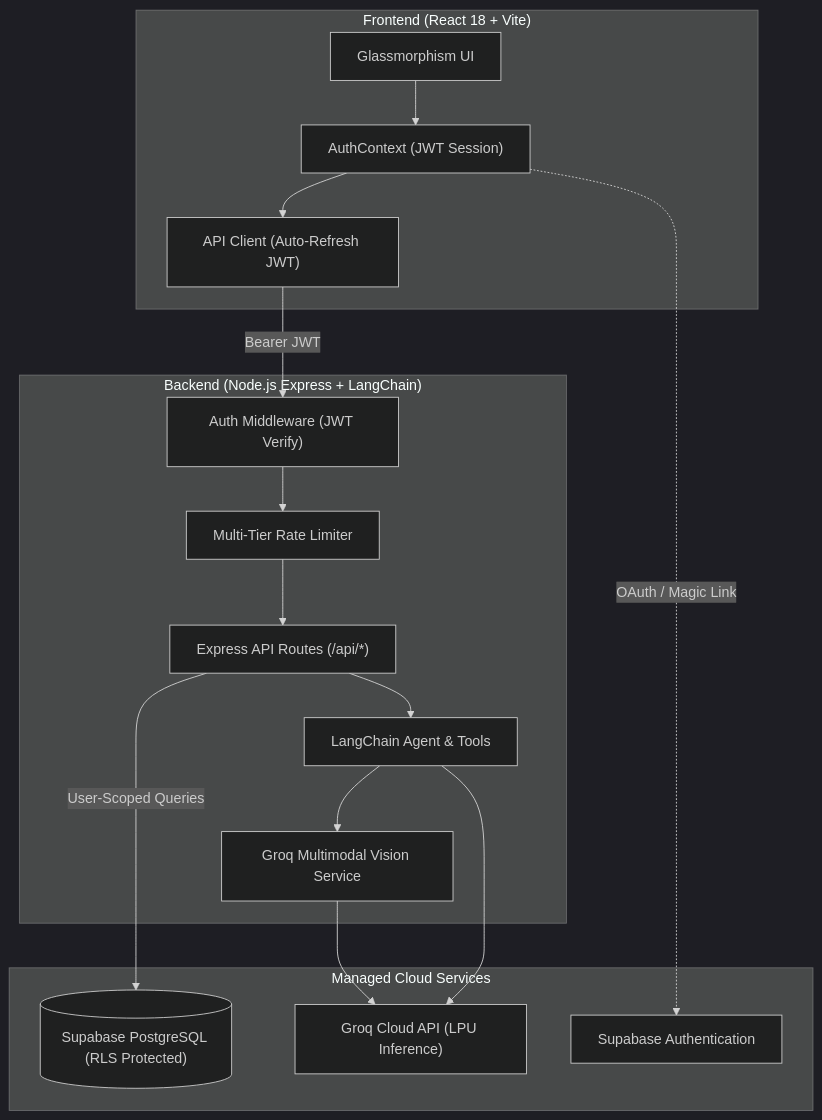
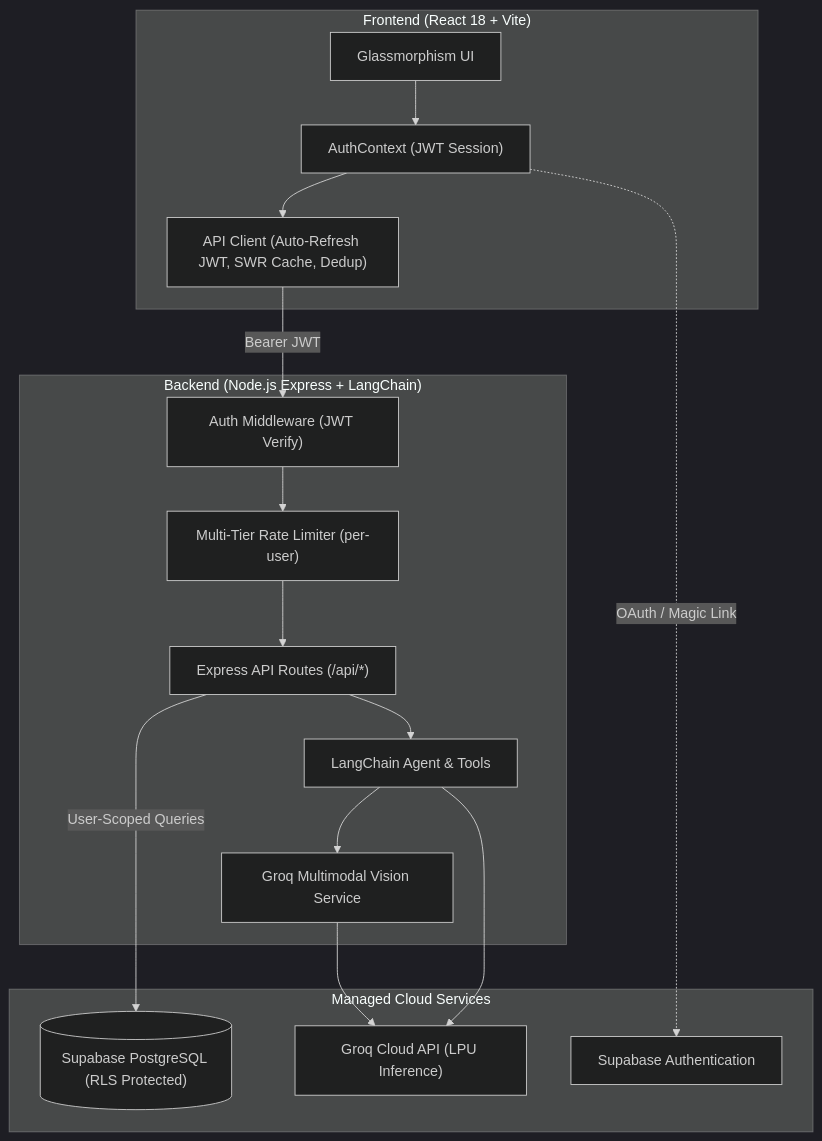
Before and after one commit to aadisthunder/pragati: the diagram in README.md, drawn with Mermaid (dark theme). The commit also changed other lines of this file and 22 other files, not shown here.

````diff
--- a/README.md
+++ b/README.md
@@ -106,34 +112,34 @@
 ```mermaid
 graph TD
     subgraph Client ["Frontend (React 18 + Vite)"]
         UI["Glassmorphism UI"]
         AuthCtx["AuthContext (JWT Session)"]
-        ApiClient["API Client (Auto-Refresh JWT)"]
+        ApiClient["API Client (Auto-Refresh JWT, SWR Cache, Dedup)"]
     end
 
     subgraph Backend ["Backend (Node.js Express + LangChain)"]
         AuthMW["Auth Middleware (JWT Verify)"]
-        RateLimit["Multi-Tier Rate Limiter"]
+        RateLimit["Multi-Tier Rate Limiter (per-user)"]
         Router["Express API Routes (/api/*)"]
         Agent["LangChain Agent & Tools"]
         Vision["Groq Multimodal Vision Service"]
     end
 
     subgraph External ["Managed Cloud Services"]
         Groq["Groq Cloud API (LPU Inference)"]
         SupabaseAuth["Supabase Authentication"]
         SupabaseDB[("Supabase PostgreSQL (RLS Protected)")]
     end
 
     UI --> AuthCtx
     AuthCtx --> ApiClient
     ApiClient -->|Bearer JWT| AuthMW
     AuthMW --> RateLimit
     RateLimit --> Router
     Router -->|User-Scoped Queries| SupabaseDB
     Router --> Agent
     Agent --> Vision
     Vision --> Groq
     Agent --> Groq
     AuthCtx -.->|OAuth / Magic Link| SupabaseAuth
 ```
````
